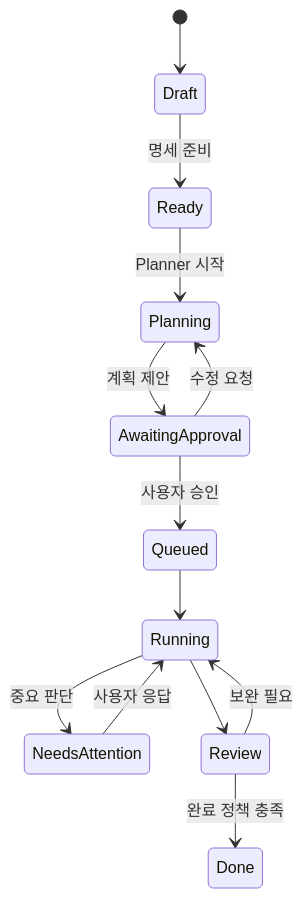
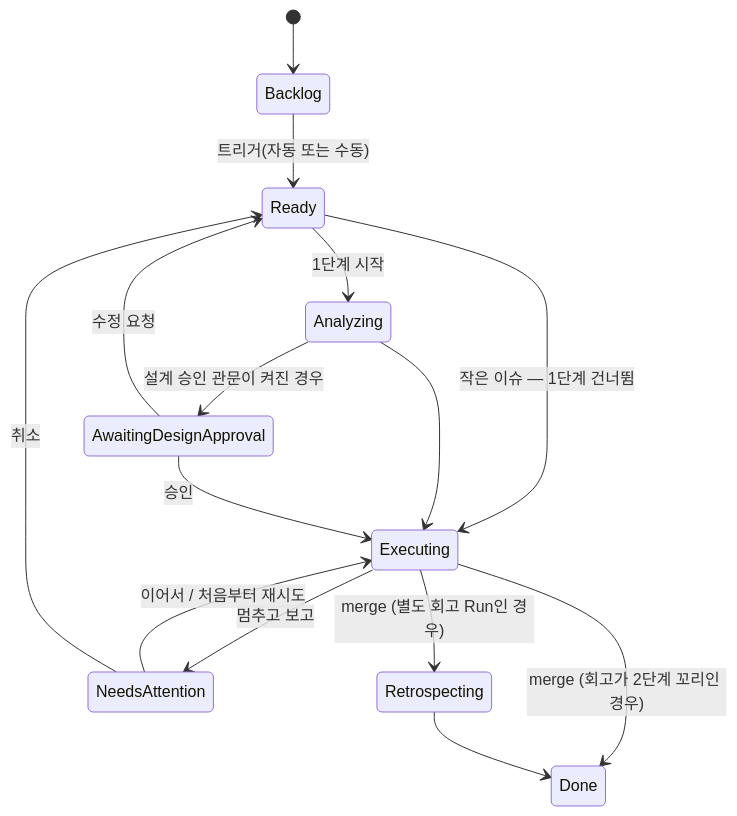
Before and after one commit to jinto/taskyard: the second of 3 diagrams in taskyard-prd-v1.md, drawn with Mermaid. The commit also changed other lines of this file, not shown here.

````diff
--- a/taskyard-prd-v1.md
+++ b/taskyard-prd-v1.md
@@ -245,15 +265,17 @@
 ```mermaid
 stateDiagram-v2
-    [*] --> Draft
-    Draft --> Ready: 명세 준비
-    Ready --> Planning: Planner 시작
-    Planning --> AwaitingApproval: 계획 제안
-    AwaitingApproval --> Planning: 수정 요청
-    AwaitingApproval --> Queued: 사용자 승인
-    Queued --> Running
-    Running --> NeedsAttention: 중요 판단
-    NeedsAttention --> Running: 사용자 응답
-    Running --> Review
-    Review --> Running: 보완 필요
-    Review --> Done: 완료 정책 충족
+    [*] --> Backlog
+    Backlog --> Ready: 트리거(자동 또는 수동)
+    Ready --> Analyzing: 1단계 시작
+    Ready --> Executing: 작은 이슈 — 1단계 건너뜀
+    Analyzing --> AwaitingDesignApproval: 설계 승인 관문이 켜진 경우
+    Analyzing --> Executing
+    AwaitingDesignApproval --> Executing: 승인
+    AwaitingDesignApproval --> Ready: 수정 요청
+    Executing --> NeedsAttention: 멈추고 보고
+    NeedsAttention --> Executing: 이어서 / 처음부터 재시도
+    NeedsAttention --> Ready: 취소
+    Executing --> Retrospecting: merge (별도 회고 Run인 경우)
+    Executing --> Done: merge (회고가 2단계 꼬리인 경우)
+    Retrospecting --> Done
 ```
````
